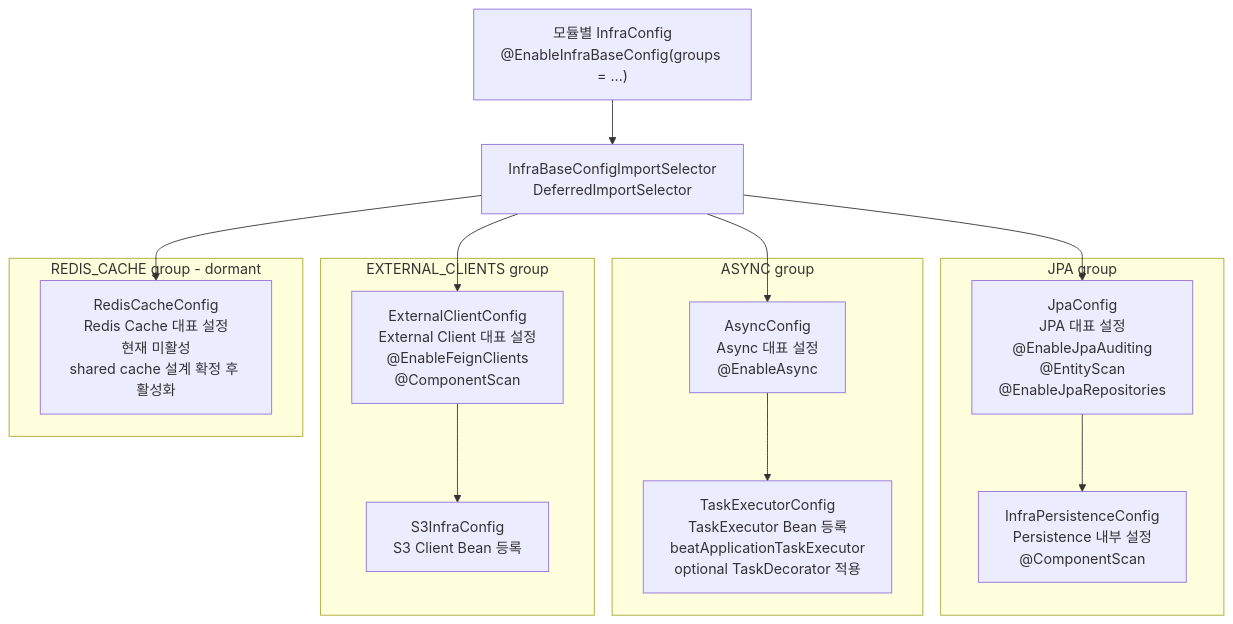
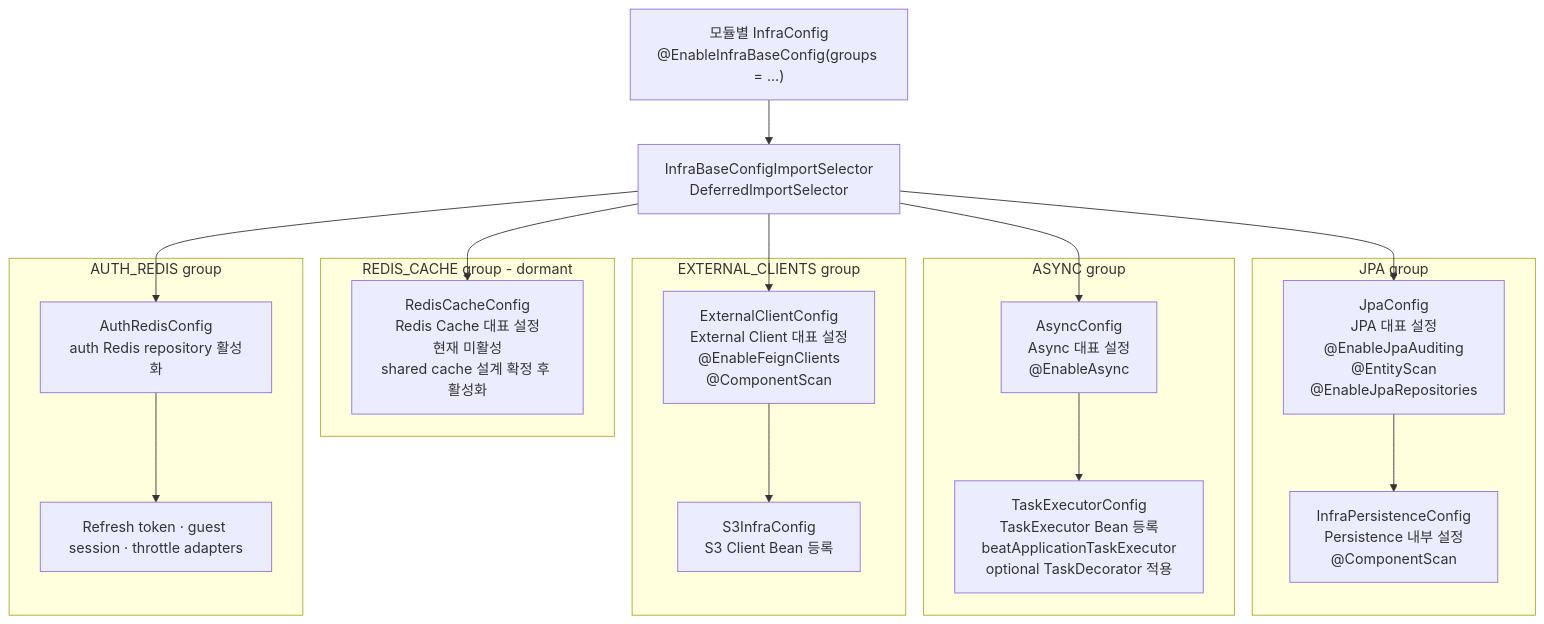
One commit to TEAM-BEAT/BEAT-SERVER changed the second of 14 diagrams in infra/README.md. Above: the diagram before and after it, drawn with Mermaid. The commit also changed other lines of this file and 36 other files, not shown here.

````diff
--- a/infra/README.md
+++ b/infra/README.md
@@ -87,34 +87,41 @@
 ```mermaid
 flowchart TB
     ModuleInfraConfig["모듈별 InfraConfig<br/>@EnableInfraBaseConfig(groups = ...)"]
     Selector["InfraBaseConfigImportSelector<br/>DeferredImportSelector"]
 
     ModuleInfraConfig --> Selector
 
     subgraph JPA_GROUP["JPA group"]
         JpaConfig["JpaConfig<br/>JPA 대표 설정<br/>@EnableJpaAuditing<br/>@EntityScan<br/>@EnableJpaRepositories"]
         PersistenceConfig["InfraPersistenceConfig<br/>Persistence 내부 설정<br/>@ComponentScan"]
         JpaConfig --> PersistenceConfig
     end
 
     subgraph ASYNC_GROUP["ASYNC group"]
         AsyncConfig["AsyncConfig<br/>Async 대표 설정<br/>@EnableAsync"]
         TaskExecutorConfig["TaskExecutorConfig<br/>TaskExecutor Bean 등록<br/>beatApplicationTaskExecutor<br/>optional TaskDecorator 적용"]
         AsyncConfig --> TaskExecutorConfig
     end
 
     subgraph EXTERNAL_GROUP["EXTERNAL_CLIENTS group"]
         ExternalClientConfig["ExternalClientConfig<br/>External Client 대표 설정<br/>@EnableFeignClients<br/>@ComponentScan"]
         S3InfraConfig["S3InfraConfig<br/>S3 Client Bean 등록"]
         ExternalClientConfig --> S3InfraConfig
     end
 
     subgraph REDIS_CACHE_GROUP["REDIS_CACHE group - dormant"]
         RedisCacheConfig["RedisCacheConfig<br/>Redis Cache 대표 설정<br/>현재 미활성<br/>shared cache 설계 확정 후 활성화"]
     end
 
+    subgraph AUTH_REDIS_GROUP["AUTH_REDIS group"]
+        AuthRedisConfig["AuthRedisConfig<br/>auth Redis repository 활성화"]
+        AuthRedisAdapters["Refresh token · guest session · throttle adapters"]
+        AuthRedisConfig --> AuthRedisAdapters
+    end
+
     Selector --> JpaConfig
     Selector --> AsyncConfig
     Selector --> ExternalClientConfig
+    Selector --> AuthRedisConfig
     Selector --> RedisCacheConfig
 ```
````
